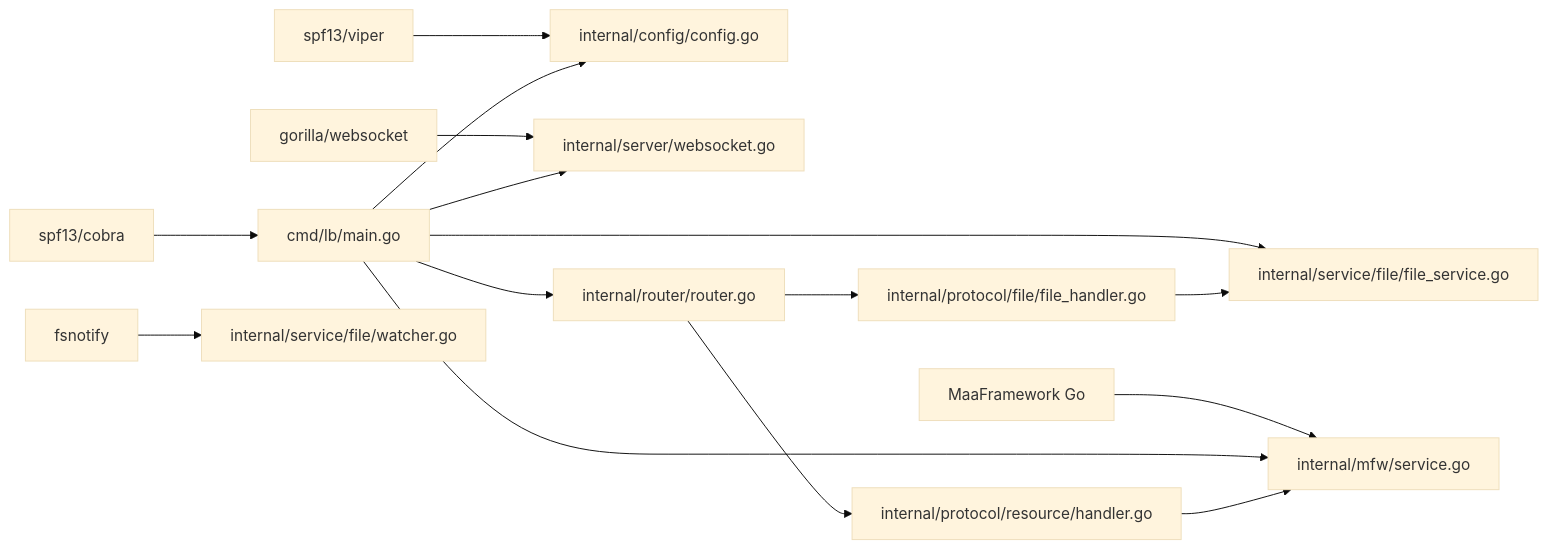
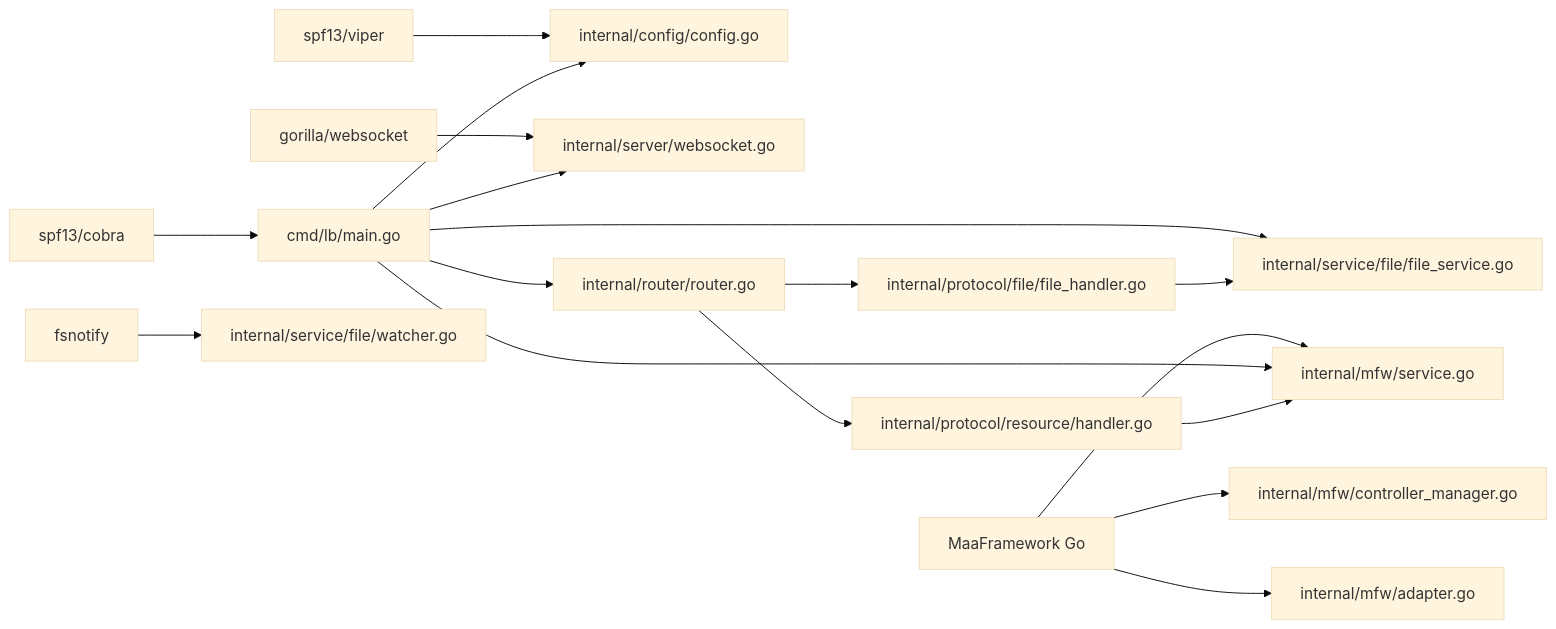
The ninth of 9 diagrams in .qoder/repowiki/zh/content/本地服务集成/本地服务集成.md (kqcoxn/MaaPipelineEditor), drawn with Mermaid (base theme) before and after one commit. The commit also changed other lines of this file and 22 other files, not shown here.

````diff
--- a/.qoder/repowiki/zh/content/本地服务集成/本地服务集成.md
+++ b/.qoder/repowiki/zh/content/本地服务集成/本地服务集成.md
@@ -367,17 +400,19 @@
 ```mermaid
 graph LR
 Viper["spf13/viper"] --> CFG["internal/config/config.go"]
 Cobra["spf13/cobra"] --> LB["cmd/lb/main.go"]
 WSB["gorilla/websocket"] --> WS["internal/server/websocket.go"]
 FSNotify["fsnotify"] --> FWATCH["internal/service/file/watcher.go"]
 Maa["MaaFramework Go"] --> MSVC["internal/mfw/service.go"]
+Maa --> MCTRL["internal/mfw/controller_manager.go"]
+Maa --> MADPT["internal/mfw/adapter.go"]
 LB --> CFG
 LB --> WS
 LB --> ROUTER["internal/router/router.go"]
 LB --> FSVC["internal/service/file/file_service.go"]
 LB --> MSVC
 ROUTER --> FPROT["internal/protocol/file/file_handler.go"]
 ROUTER --> RPROT["internal/protocol/resource/handler.go"]
 FPROT --> FSVC
 RPROT --> MSVC
 ```
````
